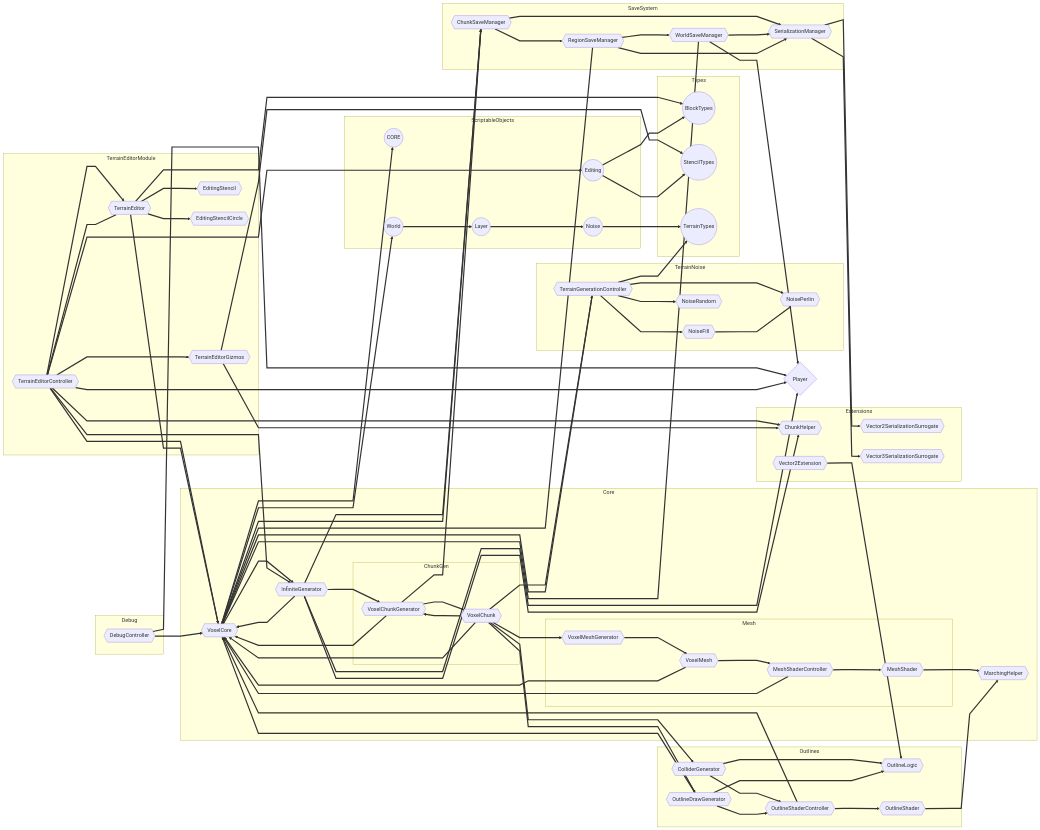
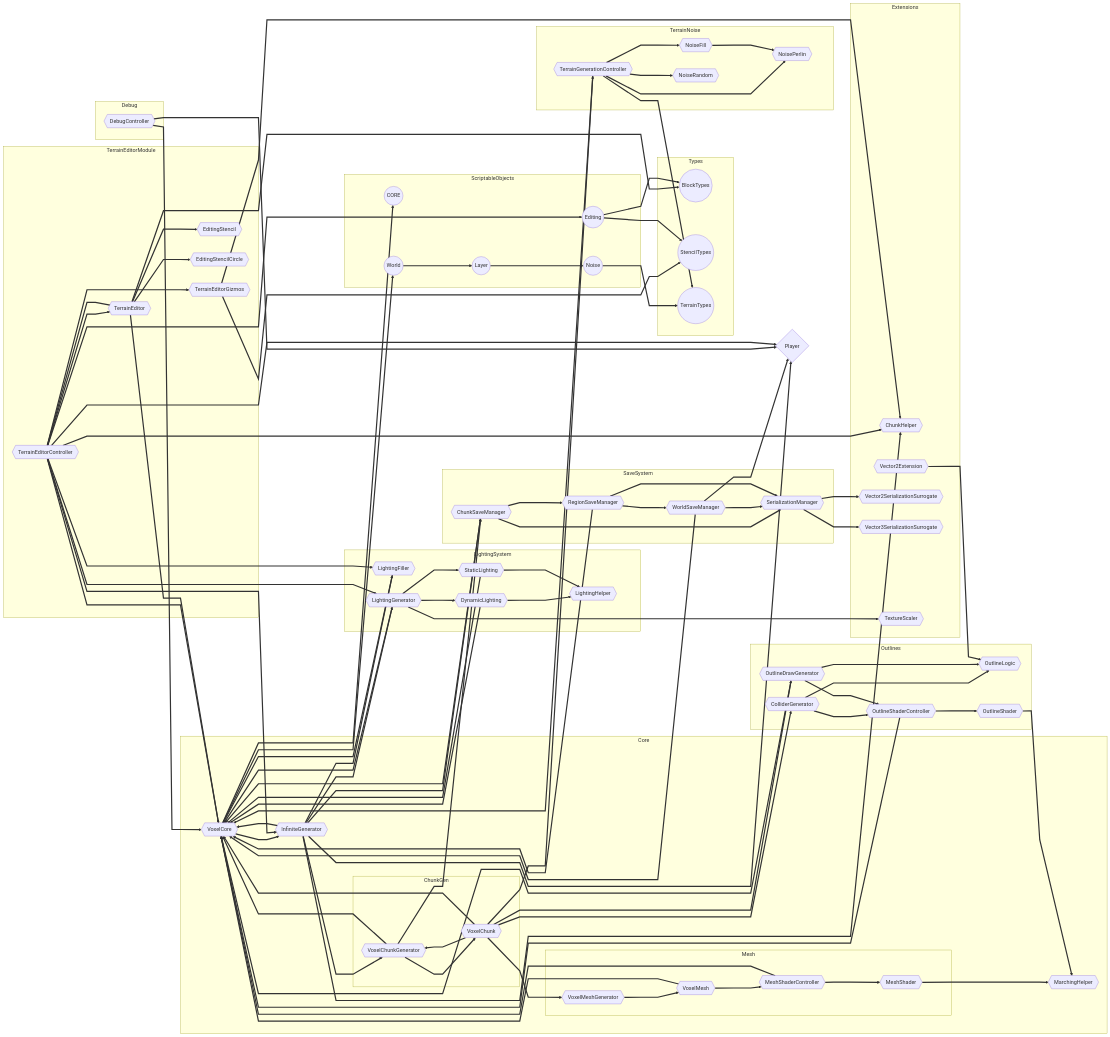
Before and after one commit to joesobo/Marching-Squares-2.0: the diagram in Assets/Graphs/CORE.md, drawn with Mermaid.

Commit message:
docs: updated graph

````diff
--- a/Assets/Graphs/CORE.md
+++ b/Assets/Graphs/CORE.md
@@ -59,6 +59,7 @@
     Vector2Extension{{Vector2Extension}};
     Vector2SerializationSurrogate{{Vector2SerializationSurrogate}};
     Vector3SerializationSurrogate{{Vector3SerializationSurrogate}};
+    TextureScaler{{TextureScaler}};
   end
 
   %% Terrain Editor
@@ -86,6 +87,15 @@
     RegionSaveManager{{RegionSaveManager}};
   end
 
+  %% Lighting System
+  subgraph LightingSystem
+    DynamicLighting{{DynamicLighting}};
+    LightingFiller{{LightingFiller}};
+    LightingGenerator{{LightingGenerator}};
+    LightingHelper{{LightingHelper}};
+    StaticLighting{{StaticLighting}};
+  end
+
   Player{Player};
 
   %% Core Connections
@@ -104,6 +114,8 @@
   InfiniteGenerator ==> Player;
   InfiniteGenerator ==> ChunkHelper;
   InfiniteGenerator ==> ChunkSaveManager;
+  InfiniteGenerator ==> LightingFiller;
+  InfiniteGenerator ==> LightingGenerator;
 
   VoxelChunkGenerator ==> VoxelChunk;
   VoxelChunkGenerator ==> VoxelCore;
@@ -149,6 +161,8 @@
   TerrainEditorController ==> TerrainEditorGizmos;
   TerrainEditorController ==> ChunkHelper;
   TerrainEditorController ==> TerrainEditor;
+  TerrainEditorController ==> LightingFiller;
+  TerrainEditorController ==> LightingGenerator;
 
   TerrainEditorGizmos ==> ChunkHelper;
   TerrainEditorGizmos ==> StencilTypes;
@@ -184,4 +198,17 @@
   RegionSaveManager ==> SerializationManager;
   RegionSaveManager ==> VoxelCore;
   RegionSaveManager ==> WorldSaveManager;
+
+  DynamicLighting ==> VoxelCore;
+  DynamicLighting ==> LightingHelper;
+
+  StaticLighting ==> VoxelCore;
+  StaticLighting ==> LightingHelper;
+
+  LightingGenerator ==> VoxelCore;
+  LightingGenerator ==> StaticLighting;
+  LightingGenerator ==> DynamicLighting;
+  LightingGenerator ==> TextureScaler;
+
+  LightingFiller ==> VoxelCore;
 ```
````
